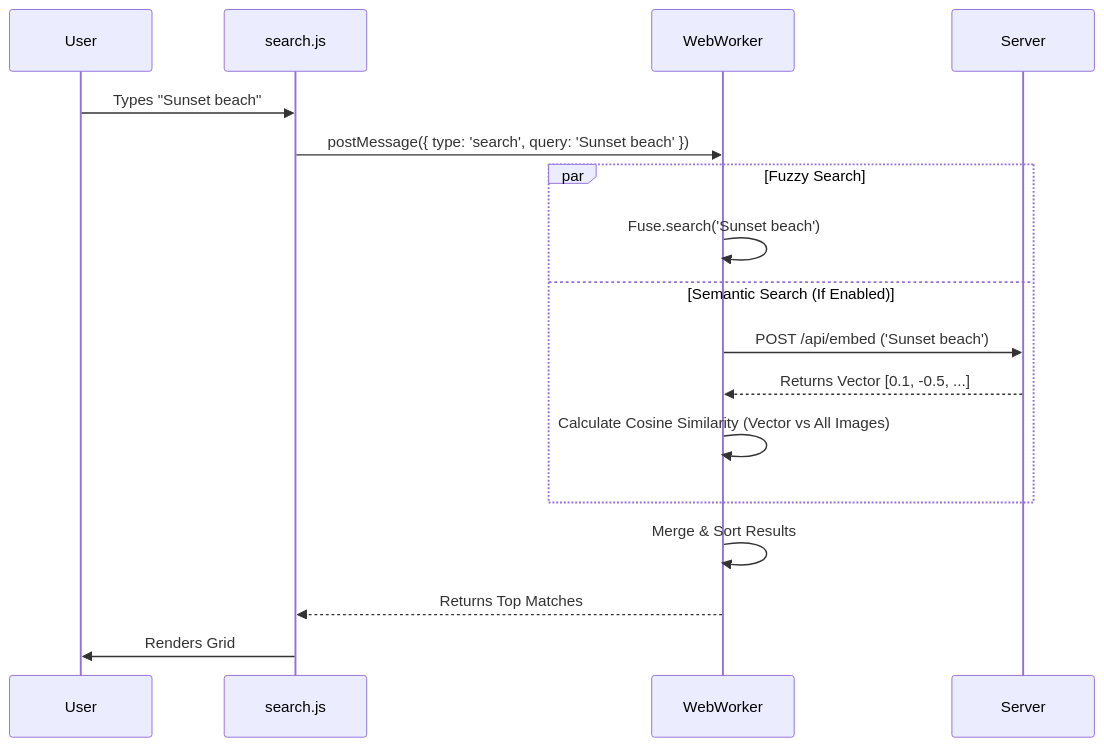
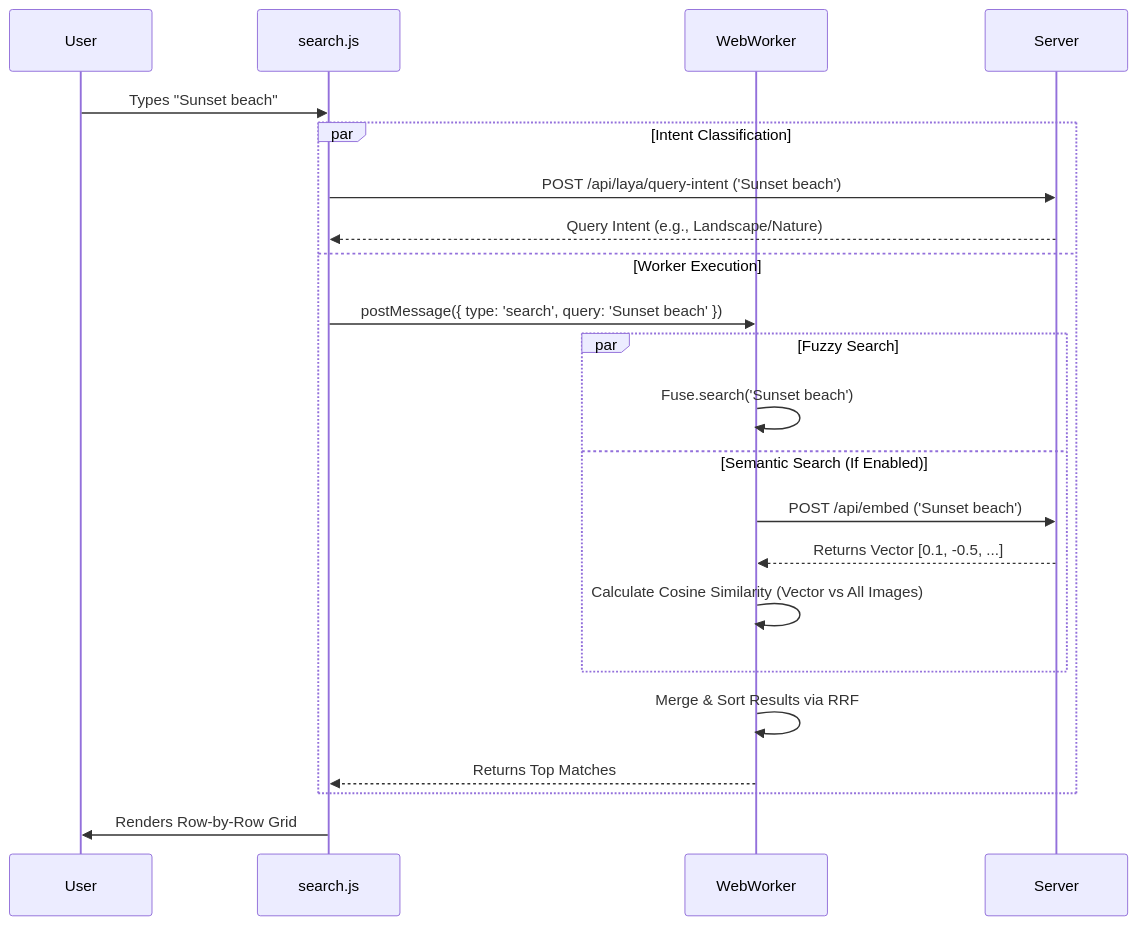
Before and after one commit to hellonearthis/LM-AI-studio: the second of 2 diagrams in readme_search.md, drawn with Mermaid. The commit also changed other lines of this file and 26 other files, not shown here.

Commit message:
Integrate llama.cpp and Laya classification engine, stabilize database row grid, and update documentation

````diff
--- a/readme_search.md
+++ b/readme_search.md
@@ -83,22 +91,25 @@
 ```mermaid
 sequenceDiagram
     participant U as User
     participant S as search.js
     participant W as WebWorker
     participant Server
     
     U->>S: Types "Sunset beach"
-    S->>W: postMessage({ type: 'search', query: 'Sunset beach' })
-    
-    par Fuzzy Search
-        W->>W: Fuse.search('Sunset beach')
-    and Semantic Search (If Enabled)
-        W->>Server: POST /api/embed ('Sunset beach')
-        Server-->>W: Returns Vector [0.1, -0.5, ...]
-        W->>W: Calculate Cosine Similarity (Vector vs All Images)
+    par Intent Classification
+        S->>Server: POST /api/laya/query-intent ('Sunset beach')
+        Server-->>S: Query Intent (e.g., Landscape/Nature)
+    and Worker Execution
+        S->>W: postMessage({ type: 'search', query: 'Sunset beach' })
+        par Fuzzy Search
+            W->>W: Fuse.search('Sunset beach')
+        and Semantic Search (If Enabled)
+            W->>Server: POST /api/embed ('Sunset beach')
+            Server-->>W: Returns Vector [0.1, -0.5, ...]
+            W->>W: Calculate Cosine Similarity (Vector vs All Images)
+        end
+        W->>W: Merge & Sort Results via RRF
+        W-->>S: Returns Top Matches
     end
-    
-    W->>W: Merge & Sort Results
-    W-->>S: Returns Top Matches
-    S->>U: Renders Grid
+    S->>U: Renders Row-by-Row Grid
 ```
````
